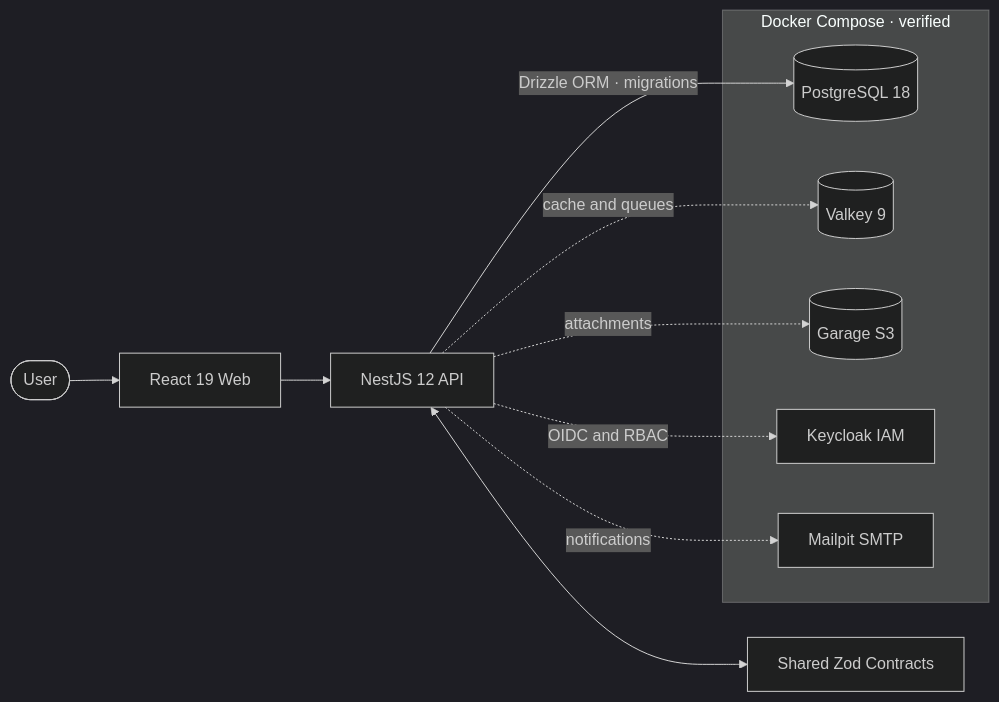
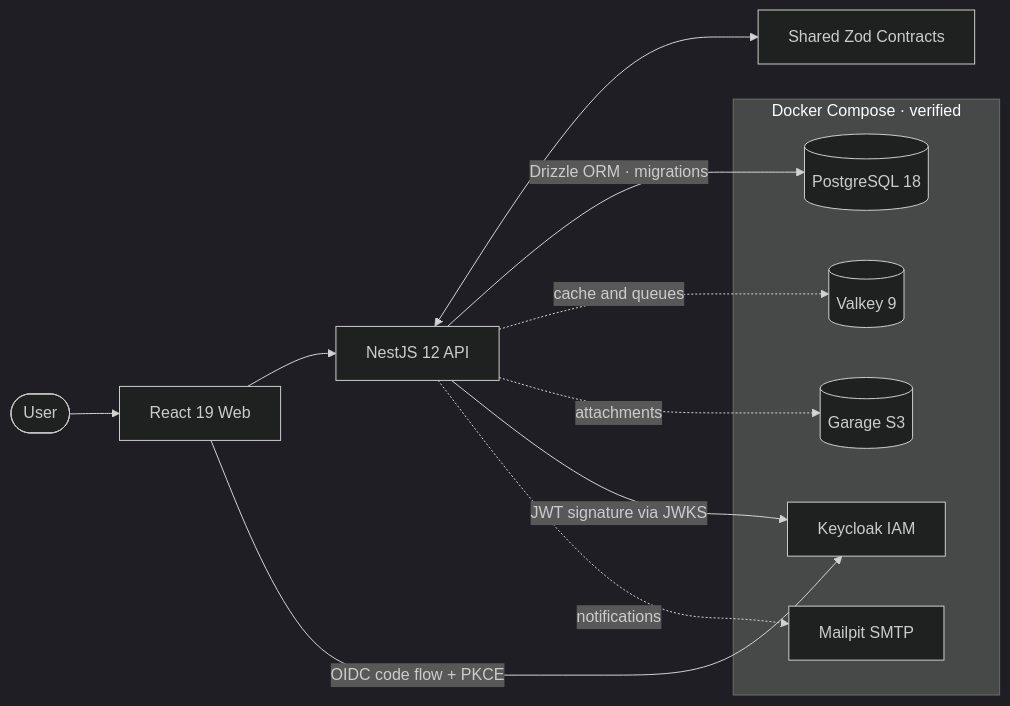
One commit to uddorn/Tessera changed the diagram in README.md. Above: the diagram before and after it, drawn with Mermaid (dark theme). The commit also changed other lines of this file and 2 other files, not shown here.

````diff
--- a/README.md
+++ b/README.md
@@ -37,20 +39,21 @@
 ```mermaid
 flowchart LR
     User([User]) --> Web[React 19 Web]
     Web --> API[NestJS 12 API]
     API <--> Shared[Shared Zod Contracts]
 
     subgraph Infrastructure[Docker Compose · verified]
         PostgreSQL[(PostgreSQL 18)]
         Valkey[(Valkey 9)]
         Garage[(Garage S3)]
         Keycloak[Keycloak IAM]
         Mailpit[Mailpit SMTP]
     end
 
     API -->|Drizzle ORM · migrations| PostgreSQL
     API -. cache and queues .-> Valkey
     API -. attachments .-> Garage
-    API -. OIDC and RBAC .-> Keycloak
+    Web -->|OIDC code flow + PKCE| Keycloak
+    API -->|JWT signature via JWKS| Keycloak
     API -. notifications .-> Mailpit
 ```
````
